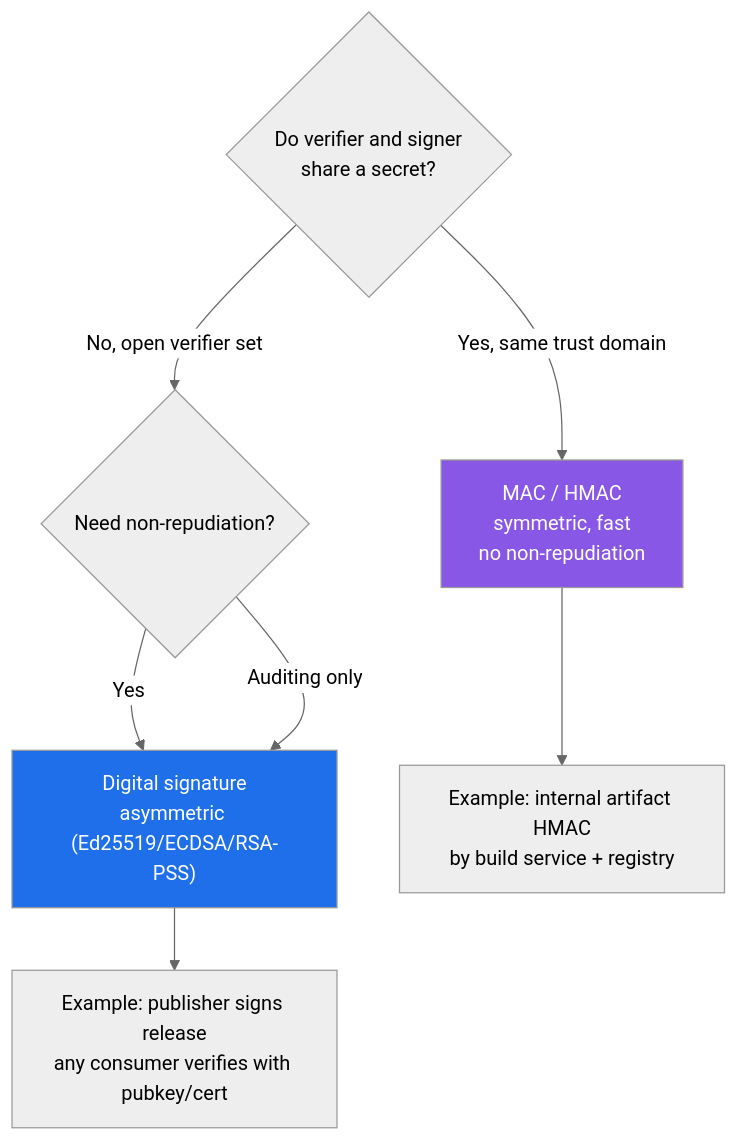
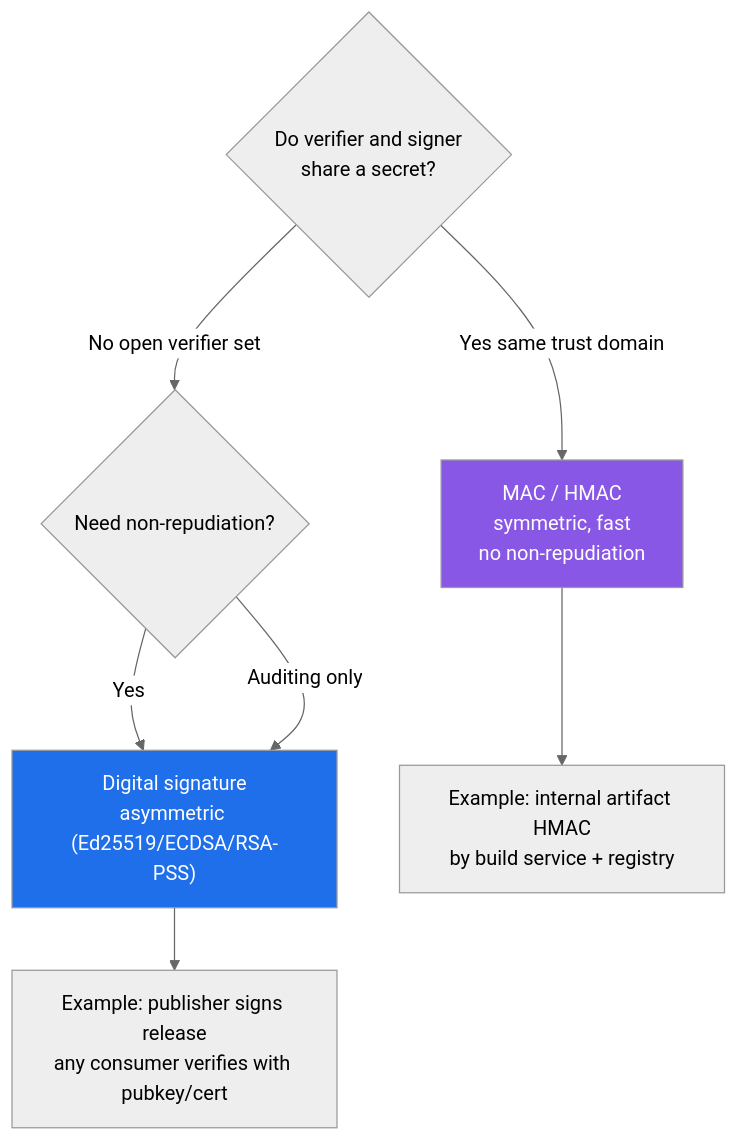
One commit to bumbsclaw/textbooks changed the sixth of 7 diagrams in book-05-signing-attestation/ch01-crypto-foundations.md. Above: the diagram before and after it, drawn with Mermaid (neutral theme). The commit also changed other lines of this file and 173 other files, not shown here.

First line of the commit message:
fix(mermaid): close note brackets, semicolons in Notes, stateDiagram br -> dash, edge parens

````diff
--- a/book-05-signing-attestation/ch01-crypto-foundations.md
+++ b/book-05-signing-attestation/ch01-crypto-foundations.md
@@ -679,12 +679,12 @@
 ```mermaid
 flowchart TD
   Q{"Do verifier and signer<br/>share a secret?"}
-  Q -->|Yes, same trust domain| M["MAC / HMAC<br/>symmetric, fast<br/>no non-repudiation"]
-  Q -->|No, open verifier set| S{"Need non-repudiation?"}
+  Q -->|Yes same trust domain| M["MAC / HMAC<br/>symmetric, fast<br/>no non-repudiation"]
+  Q -->|No open verifier set| S{"Need non-repudiation?"}
   S -->|Yes| SIG["Digital signature<br/>asymmetric (Ed25519/ECDSA/RSA-PSS)"]
   S -->|Auditing only| SIG
   M --> E1["Example: internal artifact HMAC<br/>by build service + registry"]
   SIG --> E2["Example: publisher signs release<br/>any consumer verifies with pubkey/cert"]
   style SIG fill:#1f6feb,color:#fff
   style M fill:#8957e5,color:#fff
 ```
````
